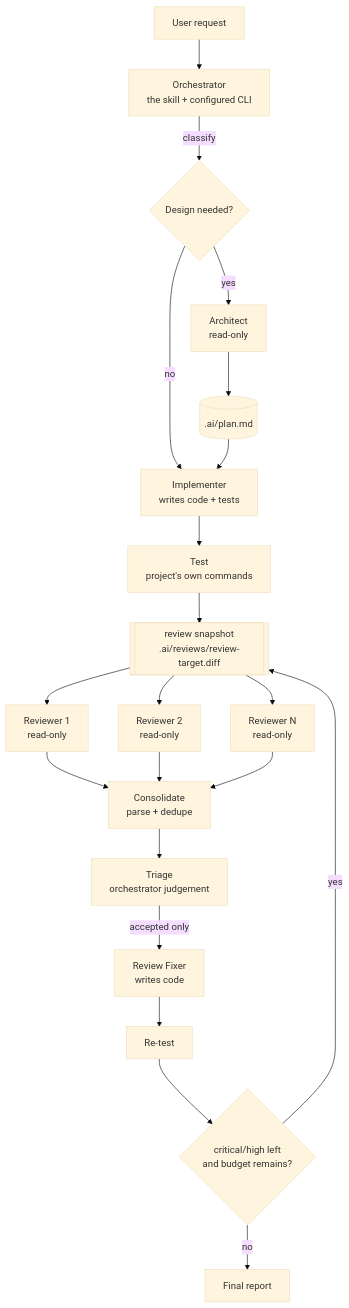
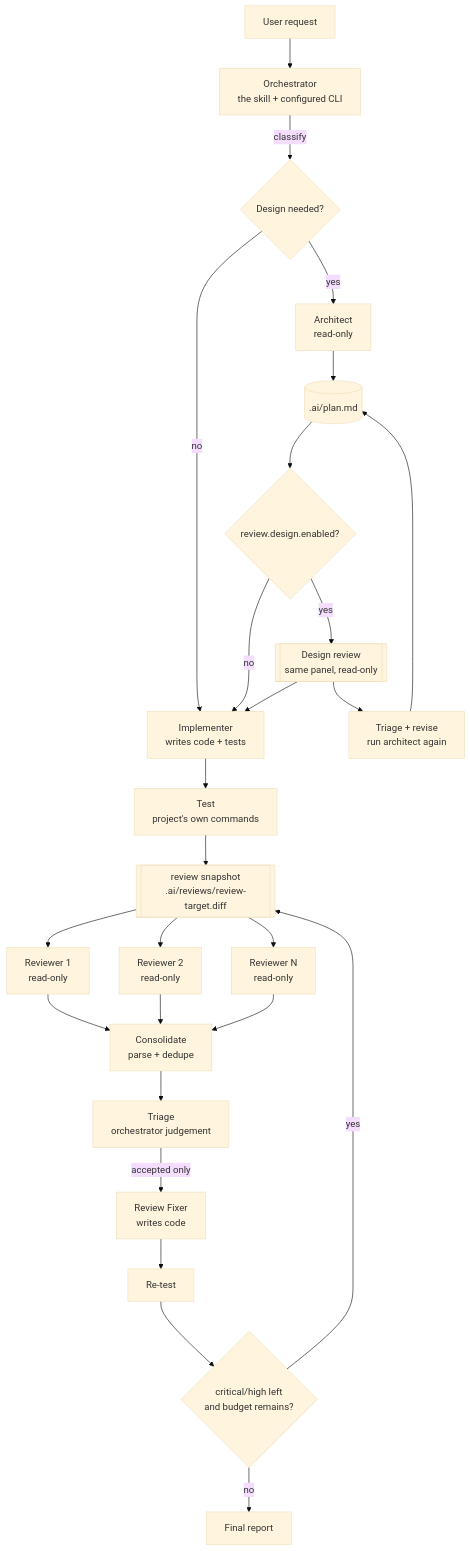
One commit to istb16/dev-orchestra changed the diagram in references/architecture.md. Above: the diagram before and after it, drawn with Mermaid (base theme). The commit also changed other lines of this file and 23 other files, not shown here.

````diff
--- a/references/architecture.md
+++ b/references/architecture.md
@@ -8,23 +8,28 @@
 ```mermaid
 flowchart TD
     U[User request] --> O[Orchestrator<br/>the skill + configured CLI]
     O -->|classify| D{Design needed?}
     D -->|no| I
     D -->|yes| A[Architect<br/>read-only]
     A --> P[(.ai/plan.md)]
-    P --> I[Implementer<br/>writes code + tests]
+    P --> DR{review.design.enabled?}
+    DR -->|yes| DP[[Design review<br/>same panel, read-only]]
+    DP --> DT[Triage + revise<br/>run architect again]
+    DT --> P
+    DR -->|no| I[Implementer<br/>writes code + tests]
+    DP --> I
     I --> T[Test<br/>project's own commands]
     T --> S[[review snapshot<br/>.ai/reviews/review-target.diff]]
     S --> R1[Reviewer 1<br/>read-only]
     S --> R2[Reviewer 2<br/>read-only]
     S --> R3[Reviewer N<br/>read-only]
     R1 --> C[Consolidate<br/>parse + dedupe]
     R2 --> C
     R3 --> C
     C --> TR[Triage<br/>orchestrator judgement]
     TR -->|accepted only| F[Review Fixer<br/>writes code]
     F --> T2[Re-test]
     T2 --> Q{critical/high left<br/>and budget remains?}
     Q -->|yes| S
     Q -->|no| REP[Final report]
 ```
````
